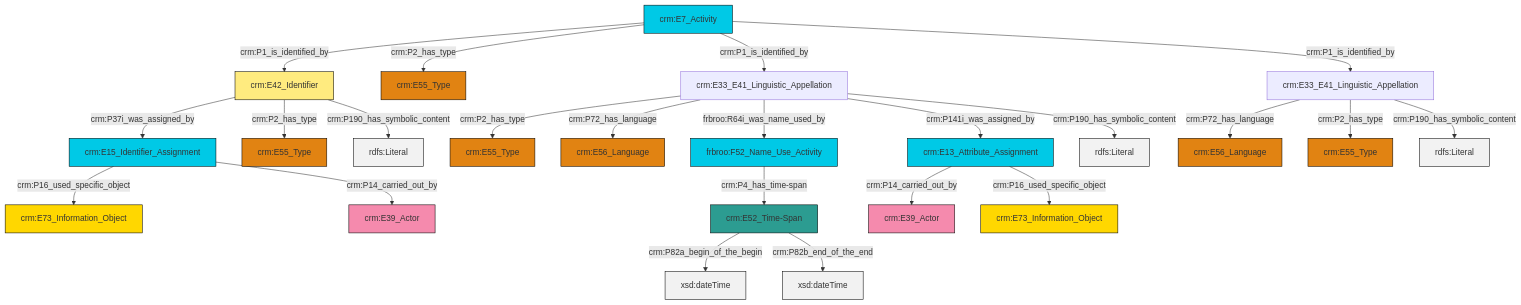
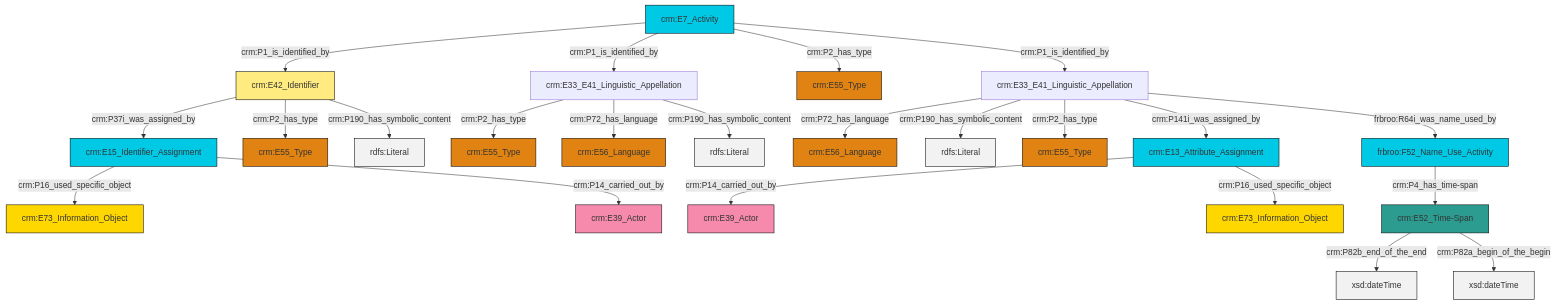
Before and after one commit to swiss-art-research-net/reference-data-models: the diagram in et/eventCSV/ttl/mmd/event_name.ttl.mmd, drawn with Mermaid. The commit also changed 125 other files, not shown here.

```diff
--- a/et/eventCSV/ttl/mmd/event_name.ttl.mmd
+++ b/et/eventCSV/ttl/mmd/event_name.ttl.mmd
@@ -1,37 +1,37 @@
 graph TD
 classDef Literal fill:#f2f2f2,stroke:#000000;
 classDef CRM_Entity fill:#FFFFFF,stroke:#000000;
 classDef Temporal_Entity fill:#00C9E6, stroke:#000000;
 classDef Type fill:#E18312, stroke:#000000;
 classDef Time-Span fill:#2C9C91, stroke:#000000;
 classDef Appellation fill:#FFEB7F, stroke:#000000;
 classDef Place fill:#008836, stroke:#000000;
 classDef Persistent_Item fill:#B266B2, stroke:#000000;
 classDef Conceptual_Object fill:#FFD700, stroke:#000000;
 classDef Physical_Thing fill:#D2B48C, stroke:#000000;
 classDef Actor fill:#f58aad, stroke:#000000;
 classDef PC_Classes fill:#4ce600, stroke:#000000;
 classDef Multi fill:#cccccc,stroke:#000000;
 
-0["crm:E15_Identifier_Assignment"]:::Temporal_Entity -->|crm:P16_used_specific_object| 1["crm:E73_Information_Object"]:::Conceptual_Object
-18["crm:E13_Attribute_Assignment"]:::Temporal_Entity -->|crm:P14_carried_out_by| 14["crm:E39_Actor"]:::Actor
-18["crm:E13_Attribute_Assignment"]:::Temporal_Entity -->|crm:P16_used_specific_object| 8["crm:E73_Information_Object"]:::Conceptual_Object
-2["crm:E33_E41_Linguistic_Appellation"]:::Default -->|crm:P2_has_type| 10["crm:E55_Type"]:::Type
-19["crm:E42_Identifier"]:::Appellation -->|crm:P37i_was_assigned_by| 0["crm:E15_Identifier_Assignment"]:::Temporal_Entity
-20["crm:E7_Activity"]:::Temporal_Entity -->|crm:P1_is_identified_by| 19["crm:E42_Identifier"]:::Appellation
-19["crm:E42_Identifier"]:::Appellation -->|crm:P2_has_type| 6["crm:E55_Type"]:::Type
-23["crm:E52_Time-Span"]:::Time-Span -->|crm:P82a_begin_of_the_begin| 24[xsd:dateTime]:::Literal
-23["crm:E52_Time-Span"]:::Time-Span -->|crm:P82b_end_of_the_end| 25[xsd:dateTime]:::Literal
-2["crm:E33_E41_Linguistic_Appellation"]:::Default -->|crm:P72_has_language| 16["crm:E56_Language"]:::Type
-2["crm:E33_E41_Linguistic_Appellation"]:::Default -->|frbroo:R64i_was_name_used_by| 4["frbroo:F52_Name_Use_Activity"]:::Temporal_Entity
-2["crm:E33_E41_Linguistic_Appellation"]:::Default -->|crm:P141i_was_assigned_by| 18["crm:E13_Attribute_Assignment"]:::Temporal_Entity
-20["crm:E7_Activity"]:::Temporal_Entity -->|crm:P2_has_type| 27["crm:E55_Type"]:::Type
-28["crm:E33_E41_Linguistic_Appellation"]:::Default -->|crm:P72_has_language| 29["crm:E56_Language"]:::Type
-20["crm:E7_Activity"]:::Temporal_Entity -->|crm:P1_is_identified_by| 2["crm:E33_E41_Linguistic_Appellation"]:::Default
-28["crm:E33_E41_Linguistic_Appellation"]:::Default -->|crm:P2_has_type| 32["crm:E55_Type"]:::Type
-20["crm:E7_Activity"]:::Temporal_Entity -->|crm:P1_is_identified_by| 28["crm:E33_E41_Linguistic_Appellation"]:::Default
-2["crm:E33_E41_Linguistic_Appellation"]:::Default -->|crm:P190_has_symbolic_content| 36[rdfs:Literal]:::Literal
-4["frbroo:F52_Name_Use_Activity"]:::Temporal_Entity -->|crm:P4_has_time-span| 23["crm:E52_Time-Span"]:::Time-Span
-19["crm:E42_Identifier"]:::Appellation -->|crm:P190_has_symbolic_content| 37[rdfs:Literal]:::Literal
-28["crm:E33_E41_Linguistic_Appellation"]:::Default -->|crm:P190_has_symbolic_content| 39[rdfs:Literal]:::Literal
-0["crm:E15_Identifier_Assignment"]:::Temporal_Entity -->|crm:P14_carried_out_by| 12["crm:E39_Actor"]:::Actor
+0["crm:E33_E41_Linguistic_Appellation"]:::Default -->|crm:P2_has_type| 1["crm:E55_Type"]:::Type
+4["crm:E42_Identifier"]:::Appellation -->|crm:P37i_was_assigned_by| 5["crm:E15_Identifier_Assignment"]:::Temporal_Entity
+8["crm:E33_E41_Linguistic_Appellation"]:::Default -->|crm:P72_has_language| 6["crm:E56_Language"]:::Type
+14["crm:E7_Activity"]:::Temporal_Entity -->|crm:P1_is_identified_by| 4["crm:E42_Identifier"]:::Appellation
+8["crm:E33_E41_Linguistic_Appellation"]:::Default -->|crm:P190_has_symbolic_content| 21[rdfs:Literal]:::Literal
+4["crm:E42_Identifier"]:::Appellation -->|crm:P2_has_type| 23["crm:E55_Type"]:::Type
+15["crm:E52_Time-Span"]:::Time-Span -->|crm:P82b_end_of_the_end| 24[xsd:dateTime]:::Literal
+0["crm:E33_E41_Linguistic_Appellation"]:::Default -->|crm:P72_has_language| 2["crm:E56_Language"]:::Type
+29["frbroo:F52_Name_Use_Activity"]:::Temporal_Entity -->|crm:P4_has_time-span| 15["crm:E52_Time-Span"]:::Time-Span
+19["crm:E13_Attribute_Assignment"]:::Temporal_Entity -->|crm:P14_carried_out_by| 34["crm:E39_Actor"]:::Actor
+8["crm:E33_E41_Linguistic_Appellation"]:::Default -->|crm:P2_has_type| 17["crm:E55_Type"]:::Type
+15["crm:E52_Time-Span"]:::Time-Span -->|crm:P82a_begin_of_the_begin| 36[xsd:dateTime]:::Literal
+14["crm:E7_Activity"]:::Temporal_Entity -->|crm:P1_is_identified_by| 0["crm:E33_E41_Linguistic_Appellation"]:::Default
+8["crm:E33_E41_Linguistic_Appellation"]:::Default -->|crm:P141i_was_assigned_by| 19["crm:E13_Attribute_Assignment"]:::Temporal_Entity
+8["crm:E33_E41_Linguistic_Appellation"]:::Default -->|frbroo:R64i_was_name_used_by| 29["frbroo:F52_Name_Use_Activity"]:::Temporal_Entity
+14["crm:E7_Activity"]:::Temporal_Entity -->|crm:P2_has_type| 25["crm:E55_Type"]:::Type
+19["crm:E13_Attribute_Assignment"]:::Temporal_Entity -->|crm:P16_used_specific_object| 32["crm:E73_Information_Object"]:::Conceptual_Object
+14["crm:E7_Activity"]:::Temporal_Entity -->|crm:P1_is_identified_by| 8["crm:E33_E41_Linguistic_Appellation"]:::Default
+0["crm:E33_E41_Linguistic_Appellation"]:::Default -->|crm:P190_has_symbolic_content| 37[rdfs:Literal]:::Literal
+5["crm:E15_Identifier_Assignment"]:::Temporal_Entity -->|crm:P16_used_specific_object| 27["crm:E73_Information_Object"]:::Conceptual_Object
+4["crm:E42_Identifier"]:::Appellation -->|crm:P190_has_symbolic_content| 40[rdfs:Literal]:::Literal
+5["crm:E15_Identifier_Assignment"]:::Temporal_Entity -->|crm:P14_carried_out_by| 12["crm:E39_Actor"]:::Actor
```
